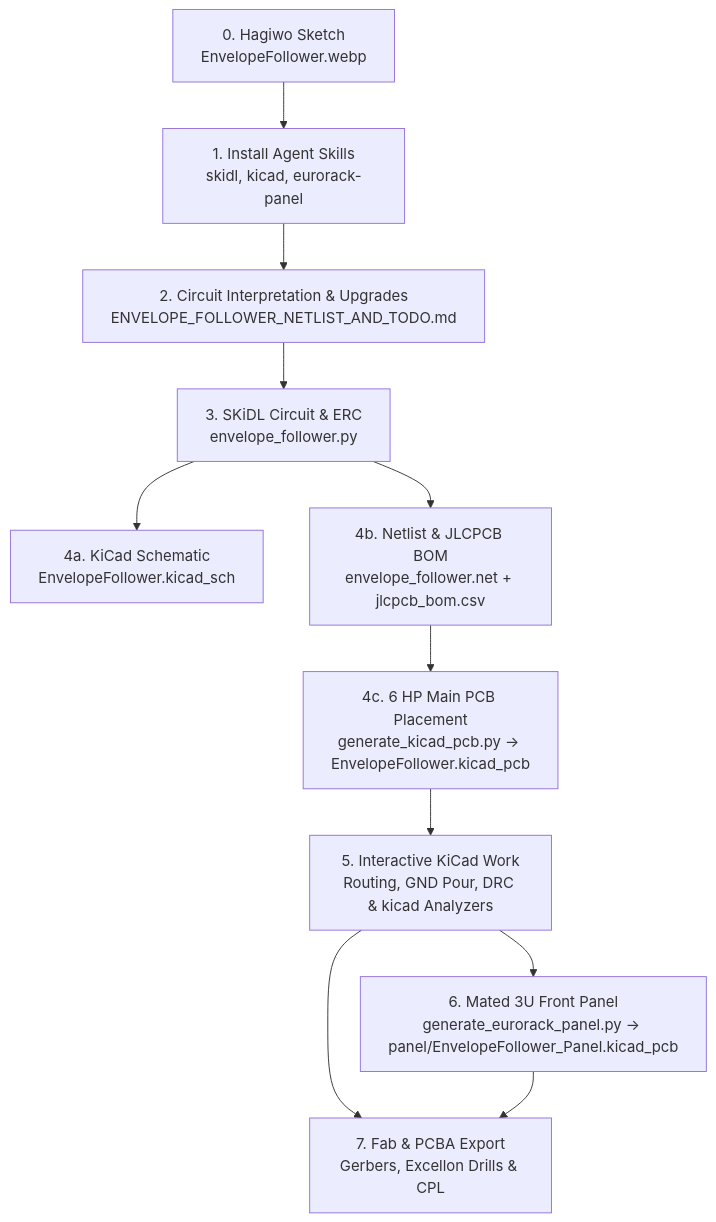
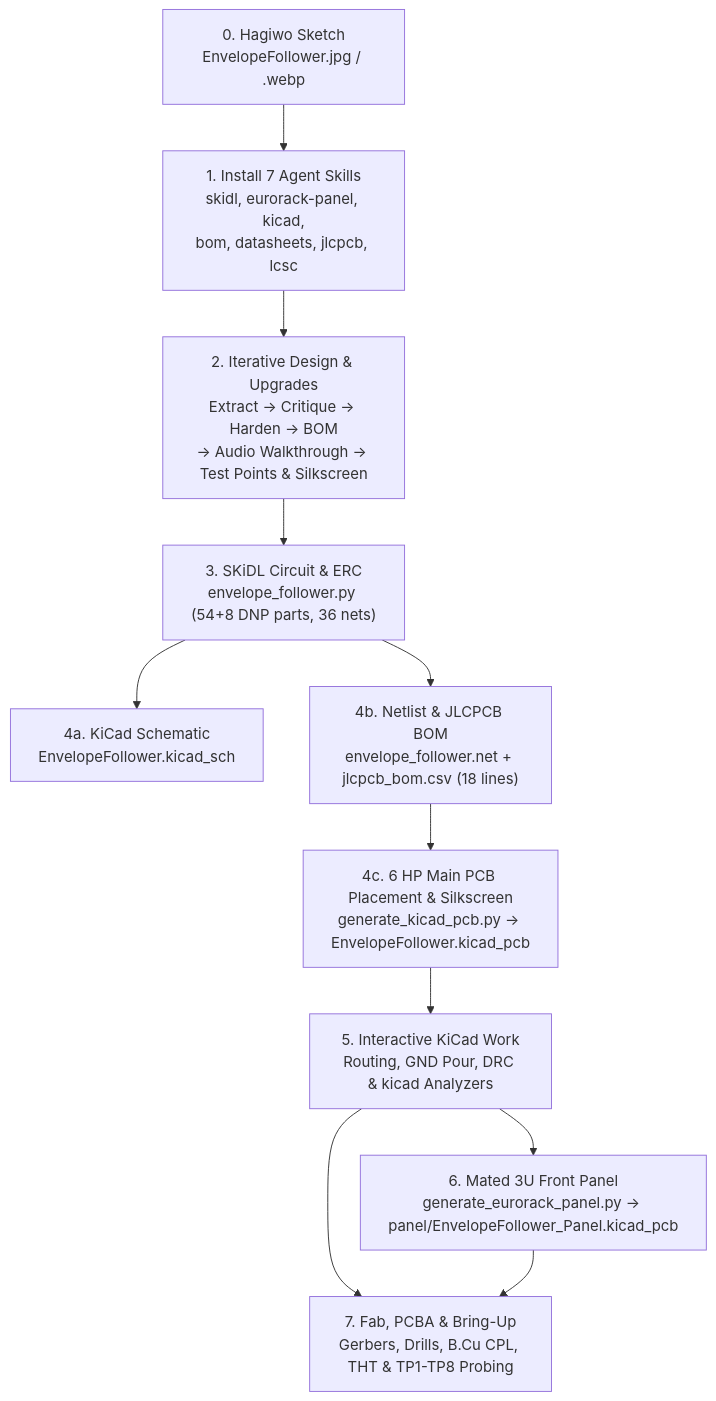
The diagram in docs/index.md (domesticmouse/EnvelopeFollower), drawn with Mermaid before and after one commit. The commit also changed other lines of this file and 9 other files, not shown here.

First line of the commit message:
docs: incorporate improved circuit, JLCPCB BOM, test points, and silkscreen rules

````diff
--- a/docs/index.md
+++ b/docs/index.md
@@ -11,13 +11,13 @@
 ```mermaid
 flowchart TD
-    S0["0. Hagiwo Sketch<br/>EnvelopeFollower.webp"] --> S1["1. Install Agent Skills<br/>skidl, kicad, eurorack-panel"]
-    S1 --> S2["2. Circuit Interpretation & Upgrades<br/>ENVELOPE_FOLLOWER_NETLIST_AND_TODO.md"]
-    S2 --> S3["3. SKiDL Circuit & ERC<br/>envelope_follower.py"]
+    S0["0. Hagiwo Sketch<br/>EnvelopeFollower.jpg / .webp"] --> S1["1. Install 7 Agent Skills<br/>skidl, eurorack-panel, kicad,<br/>bom, datasheets, jlcpcb, lcsc"]
+    S1 --> S2["2. Iterative Design & Upgrades<br/>Extract -> Critique -> Harden -> BOM<br/>-> Audio Walkthrough -> Test Points & Silkscreen"]
+    S2 --> S3["3. SKiDL Circuit & ERC<br/>envelope_follower.py (54+8 DNP parts, 36 nets)"]
     S3 --> S4A["4a. KiCad Schematic<br/>EnvelopeFollower.kicad_sch"]
-    S3 --> S4B["4b. Netlist & JLCPCB BOM<br/>envelope_follower.net + jlcpcb_bom.csv"]
-    S4B --> S4C["4c. 6 HP Main PCB Placement<br/>generate_kicad_pcb.py -> EnvelopeFollower.kicad_pcb"]
+    S3 --> S4B["4b. Netlist & JLCPCB BOM<br/>envelope_follower.net + jlcpcb_bom.csv (18 lines)"]
+    S4B --> S4C["4c. 6 HP Main PCB Placement & Silkscreen<br/>generate_kicad_pcb.py -> EnvelopeFollower.kicad_pcb"]
     S4C --> S5["5. Interactive KiCad Work<br/>Routing, GND Pour, DRC & kicad Analyzers"]
     S5 --> S6["6. Mated 3U Front Panel<br/>generate_eurorack_panel.py -> panel/EnvelopeFollower_Panel.kicad_pcb"]
-    S5 --> S7["7. Fab & PCBA Export<br/>Gerbers, Excellon Drills & CPL"]
+    S5 --> S7["7. Fab, PCBA & Bring-Up<br/>Gerbers, Drills, B.Cu CPL, THT & TP1-TP8 Probing"]
     S6 --> S7
 ```
````
